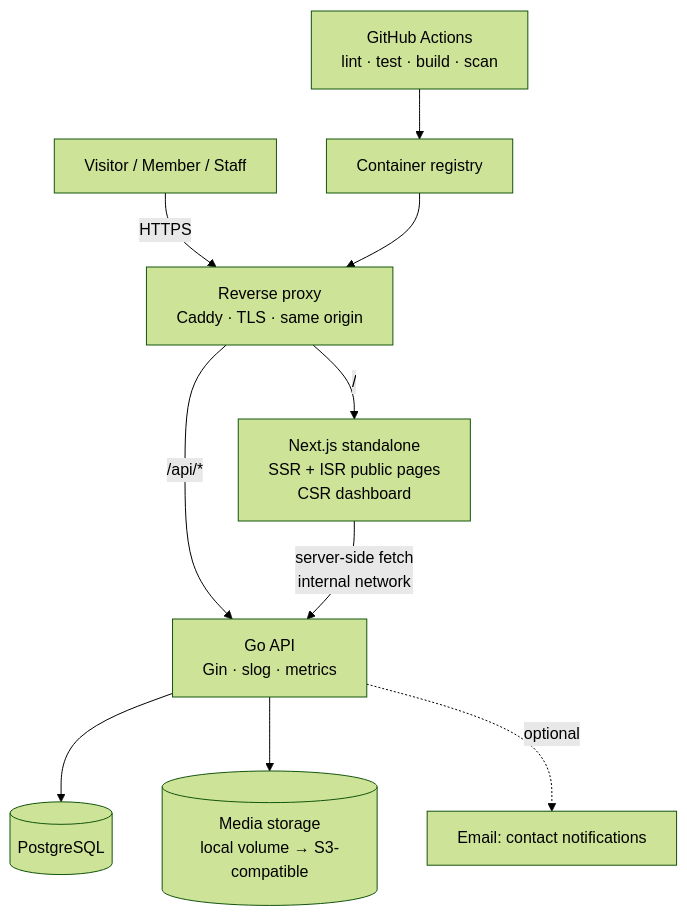
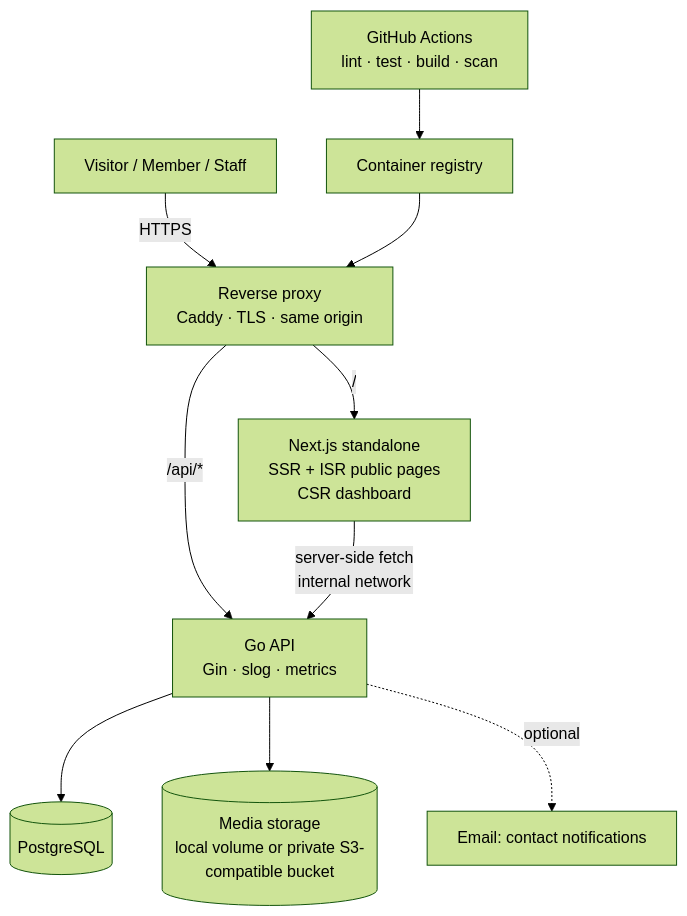
The second of 3 diagrams in ARCHITECTURE.md (mesewo/kalenbnakafl), drawn with Mermaid (forest theme) before and after one commit. The commit also changed other lines of this file and 22 other files, not shown here.

````diff
--- a/ARCHITECTURE.md
+++ b/ARCHITECTURE.md
@@ -105,12 +109,12 @@
 ```mermaid
 flowchart TB
   U[Visitor / Member / Staff] -->|HTTPS| P[Reverse proxy<br/>Caddy · TLS · same origin]
   P -->|/| FE[Next.js standalone<br/>SSR + ISR public pages<br/>CSR dashboard]
   P -->|/api/*| API[Go API<br/>Gin · slog · metrics]
   FE -->|server-side fetch<br/>internal network| API
   API --> DB[(PostgreSQL)]
-  API --> FS[(Media storage<br/>local volume → S3-compatible)]
+  API --> FS[(Media storage<br/>local volume or private S3-compatible bucket)]
   API -.->|optional| SMTP[Email: contact notifications]
   CI[GitHub Actions<br/>lint · test · build · scan] --> REG[Container registry]
   REG --> P
 ```
````
